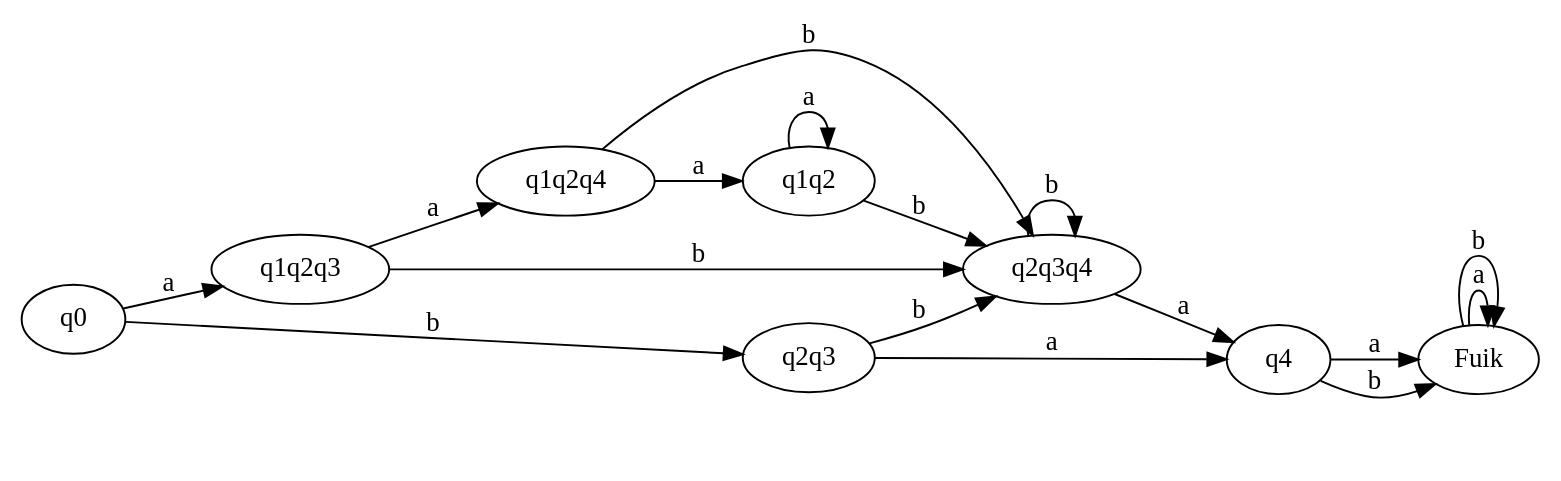
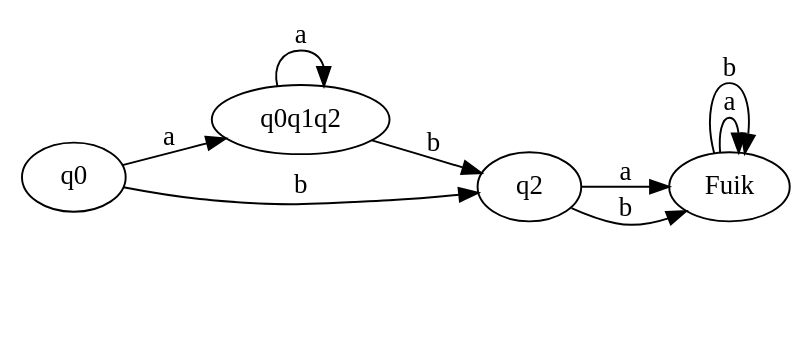
One commit to bas200o/formele-methoden changed the diagram in formele_methoden/graphs/graph_2.dot. Above: the diagram before and after it, drawn with Graphviz. The commit also changed 11 other files, not shown here.

```diff
--- a/formele_methoden/graphs/graph_2.dot
+++ b/formele_methoden/graphs/graph_2.dot
@@ -1,20 +1,12 @@
 digraph graph_2
 {
 	rankdir =  LR; node_start [label = "", shape = none]; 
-	q0 -> q1q2q3 [label=a]; 
-	q0 -> q2q3 [label=b]; 
-	q1q2q3 -> q1q2q4 [label=a]; 
-	q1q2q3 -> q2q3q4 [label=b]; 
-	q2q3 -> q4 [label=a]; 
-	q2q3 -> q2q3q4 [label=b]; 
-	q1q2q4 -> q1q2 [label=a]; 
-	q1q2q4 -> q2q3q4 [label=b]; 
-	q2q3q4 -> q4 [label=a]; 
-	q2q3q4 -> q2q3q4 [label=b]; 
-	q4 -> Fuik [label=a]; 
-	q4 -> Fuik [label=b]; 
-	q1q2 -> q1q2 [label=a]; 
-	q1q2 -> q2q3q4 [label=b]; 
+	q0 -> q0q1q2 [label=a]; 
+	q0 -> q2 [label=b]; 
+	q0q1q2 -> q0q1q2 [label=a]; 
+	q0q1q2 -> q2 [label=b]; 
+	q2 -> Fuik [label=a]; 
+	q2 -> Fuik [label=b]; 
 	Fuik -> Fuik [label=a]; 
 	Fuik -> Fuik [label=b]; 
 }
```
